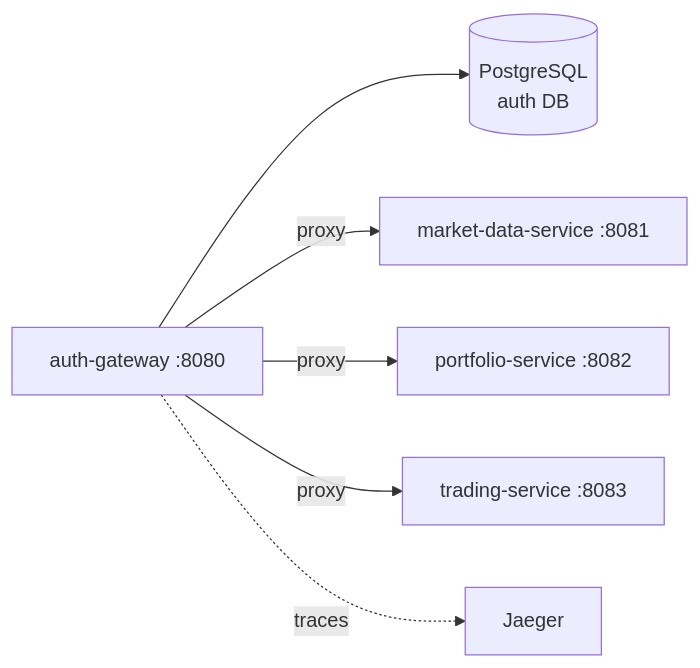
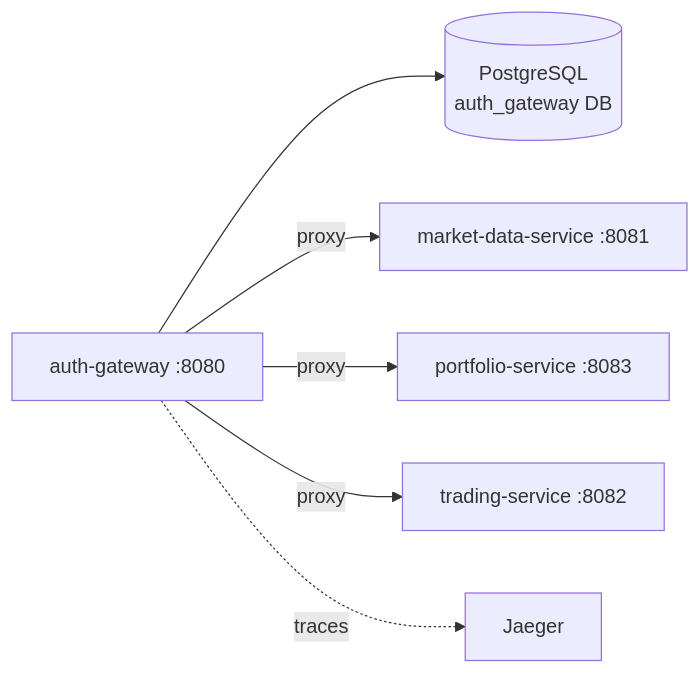
One commit to awesoma31/TrumpInvestitions changed the diagram in docs/obsidian/01 - Сервисы/auth-gateway.md. Above: the diagram before and after it, drawn with Mermaid. The commit also changed other lines of this file and 6 other files, not shown here.

````diff
--- a/docs/obsidian/01 - Сервисы/auth-gateway.md
+++ b/docs/obsidian/01 - Сервисы/auth-gateway.md
@@ -36,15 +40,15 @@
 ```mermaid
 graph LR
     AG["auth-gateway :8080"]
-    PG[("PostgreSQL\nauth DB")]
+    PG[("PostgreSQL\nauth_gateway DB")]
     MDS["market-data-service :8081"]
-    PS["portfolio-service :8082"]
-    TS["trading-service :8083"]
+    PS["portfolio-service :8083"]
+    TS["trading-service :8082"]
     J["Jaeger"]
 
     AG --> PG
     AG -->|proxy| MDS
     AG -->|proxy| PS
     AG -->|proxy| TS
     AG -.->|traces| J
 ```
````
